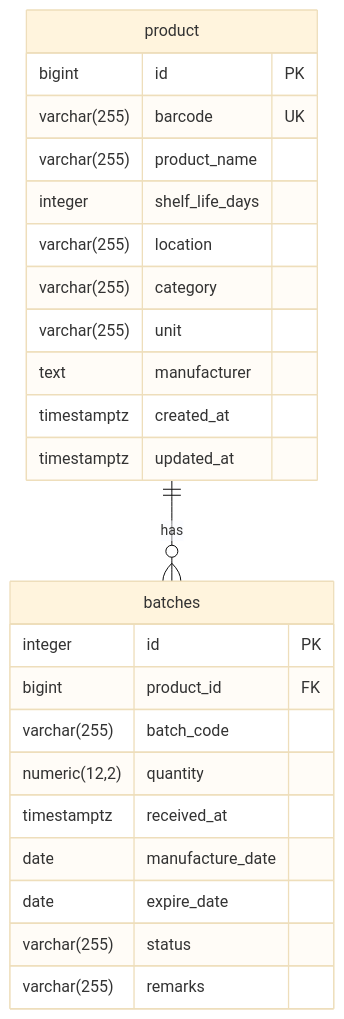
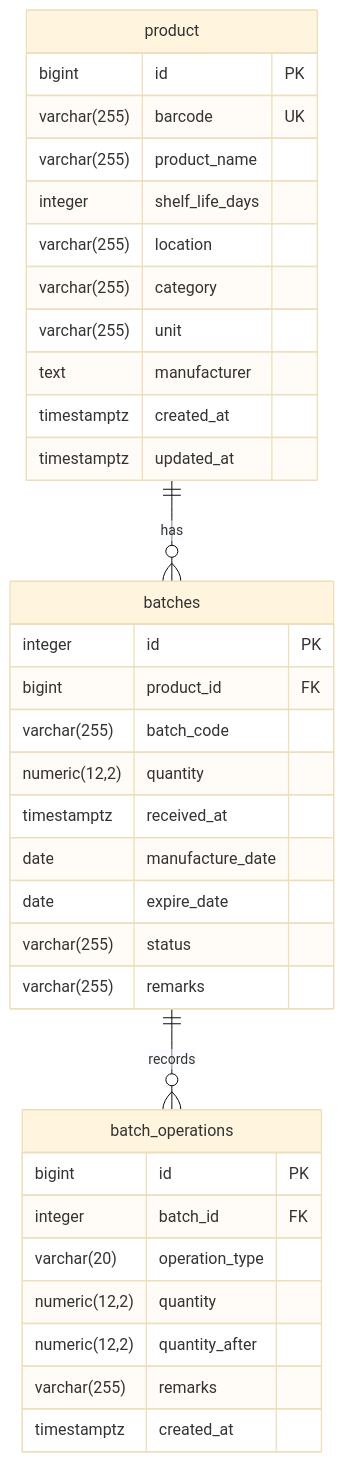
One commit to Harutaizumiya/origin_django changed the diagram in docs/db.md. Above: the diagram before and after it, drawn with Mermaid (base theme). The commit also changed other lines of this file and 8 other files, not shown here.

Commit message:
Add batch operation history support

````diff
--- a/docs/db.md
+++ b/docs/db.md
@@ -17,29 +17,40 @@
 ```mermaid
 erDiagram
     product ||--o{ batches : "has"
+    batches ||--o{ batch_operations : "records"
 
     product {
         bigint id PK
         varchar(255) barcode UK
         varchar(255) product_name
         integer shelf_life_days
         varchar(255) location
         varchar(255) category
         varchar(255) unit
         text manufacturer
         timestamptz created_at
         timestamptz updated_at
     }
 
     batches {
         integer id PK
         bigint product_id FK
         varchar(255) batch_code
         numeric(12,2) quantity
         timestamptz received_at
         date manufacture_date
         date expire_date
         varchar(255) status
         varchar(255) remarks
     }
+
+    batch_operations {
+        bigint id PK
+        integer batch_id FK
+        varchar(20) operation_type
+        numeric(12,2) quantity
+        numeric(12,2) quantity_after
+        varchar(255) remarks
+        timestamptz created_at
+    }
 ```
````
